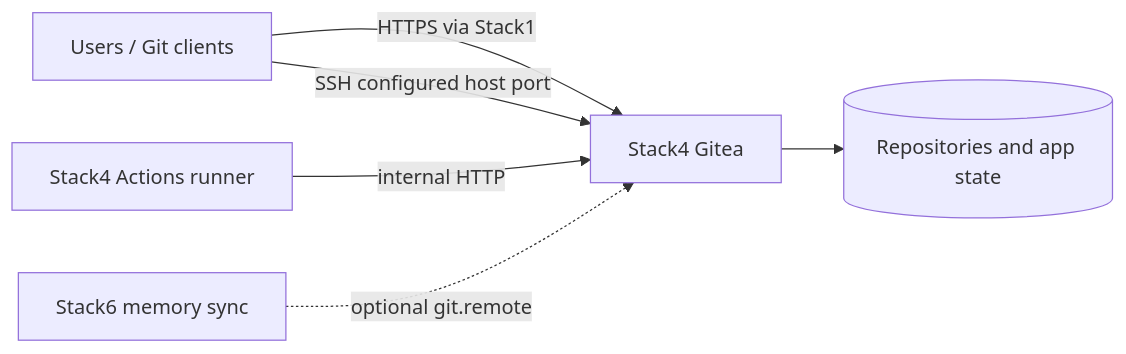
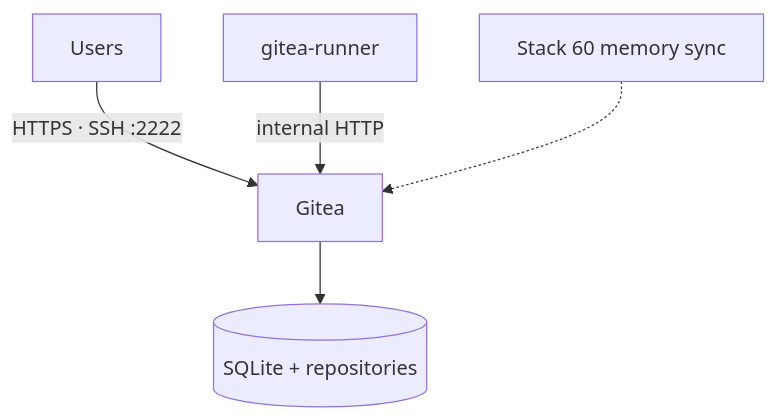
One commit to ea1het/local_hybrid_ai changed the diagram in stack-40_-_gitea/README.md. Above: the diagram before and after it, drawn with Mermaid. The commit also changed other lines of this file and 16 other files, not shown here.

````diff
--- a/stack-40_-_gitea/README.md
+++ b/stack-40_-_gitea/README.md
@@ -13,8 +13,7 @@
 ```mermaid
-flowchart LR
-    Users[Users / Git clients] -->|HTTPS via Stack1| Gitea[Stack4 Gitea]
-    Users -->|SSH configured host port| Gitea
-    Runner[Stack4 Actions runner] -->|internal HTTP| Gitea
-    HermesMemory[Stack6 memory sync] -.->|optional git.remote| Gitea
-    Gitea --> Repos[(Repositories and app state)]
+flowchart TB
+    Users -->|"HTTPS · SSH :2222"| Gitea
+    Runner["gitea-runner"] -->|internal HTTP| Gitea
+    Memory["Stack 60 memory sync"] -.-> Gitea
+    Gitea --> Data[("SQLite + repositories")]
 ```
````
